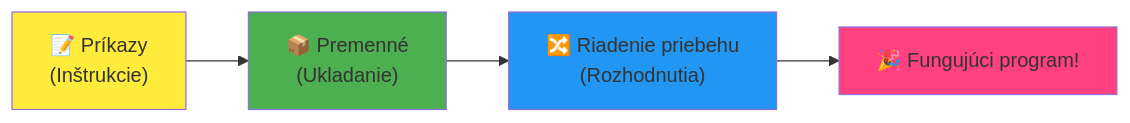
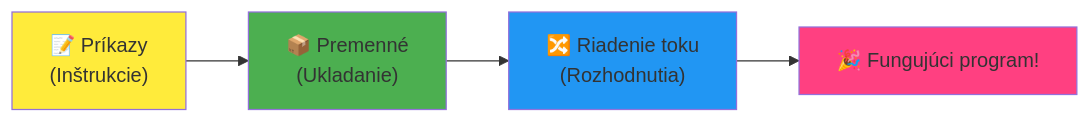
One commit to microsoft/Web-Dev-For-Beginners changed the fourth of 7 diagrams in translations/sk/1-getting-started-lessons/1-intro-to-programming-languages/README.md. Above: the diagram before and after it, drawn with Mermaid. The commit also changed other lines of this file and 11 other files, not shown here.

````diff
--- a/translations/sk/1-getting-started-lessons/1-intro-to-programming-languages/README.md
+++ b/translations/sk/1-getting-started-lessons/1-intro-to-programming-languages/README.md
@@ -467,9 +467,9 @@
 ```mermaid
 flowchart LR
-    A["📝 Príkazy<br/>(Inštrukcie)"] --> B["📦 Premenné<br/>(Ukladanie)"] --> C["🔀 Riadenie priebehu<br/>(Rozhodnutia)"] --> D["🎉 Fungujúci program!"]
+    A["📝 Príkazy<br/>(Inštrukcie)"] --> B["📦 Premenné<br/>(Ukladanie)"] --> C["🔀 Riadenie toku<br/>(Rozhodnutia)"] --> D["🎉 Fungujúci program!"]
     
     style A fill:#ffeb3b
     style B fill:#4caf50
     style C fill:#2196f3
     style D fill:#ff4081
 ```
````
